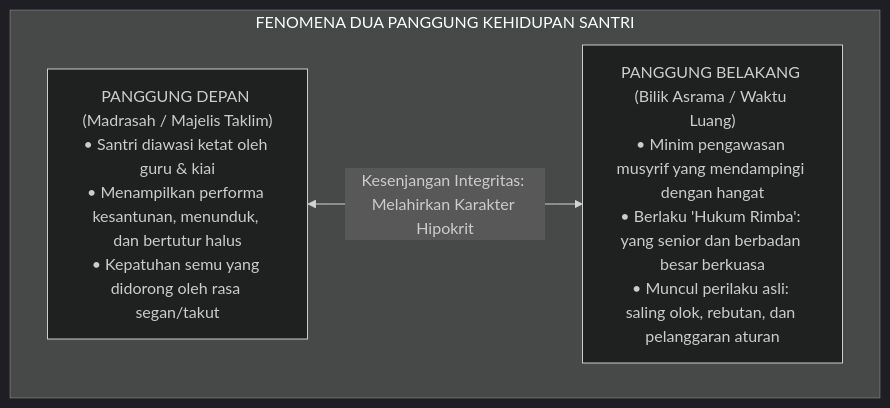
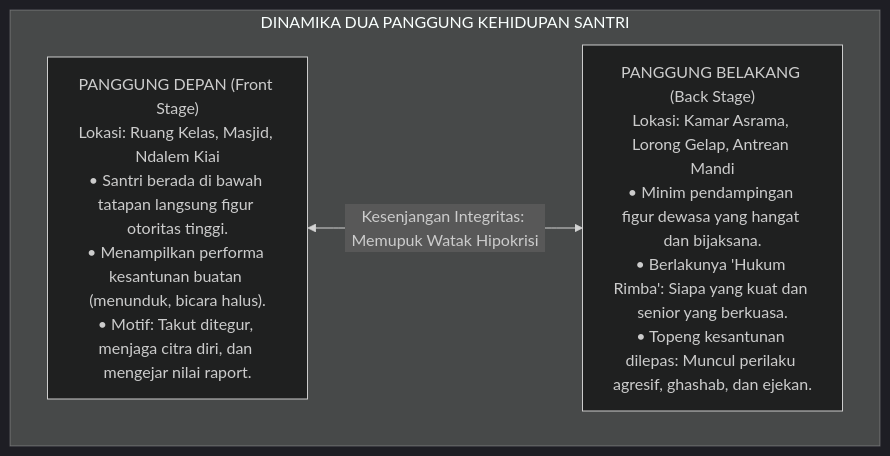
The third of 4 diagrams in BOOK-SERIES/Volume-01/Bab-01-Krisis-Karakter-dan-Urgensi-Rekonstruksi/01-Anomali-Pendidikan-Karakter-Tradisional.md (wandiapriliyandi/tumbuh), drawn with Mermaid (dark theme) before and after one commit. The commit also changed other lines of this file, not shown here.

Commit message:
docs(guide): perluas sub-bab 1.1 menjadi panduan komprehensif, naratif membumi, dan langkah praktis operasional

````diff
--- a/BOOK-SERIES/Volume-01/Bab-01-Krisis-Karakter-dan-Urgensi-Rekonstruksi/01-Anomali-Pendidikan-Karakter-Tradisional.md
+++ b/BOOK-SERIES/Volume-01/Bab-01-Krisis-Karakter-dan-Urgensi-Rekonstruksi/01-Anomali-Pendidikan-Karakter-Tradisional.md
@@ -74,9 +105,10 @@
 ```mermaid
 graph TD
-    subgraph Disonansi["FENOMENA DUA PANGGUNG KEHIDUPAN SANTRI"]
-        FrontStage["PANGGUNG DEPAN (Madrasah / Majelis Taklim)<br/>• Santri diawasi ketat oleh guru & kiai<br/>• Menampilkan performa kesantunan, menunduk, dan bertutur halus<br/>• Kepatuhan semu yang didorong oleh rasa segan/takut"]
-        BackStage["PANGGUNG BELAKANG (Bilik Asrama / Waktu Luang)<br/>• Minim pengawasan musyrif yang mendampingi dengan hangat<br/>• Berlaku 'Hukum Rimba': yang senior dan berbadan besar berkuasa<br/>• Muncul perilaku asli: saling olok, rebutan, dan pelanggaran aturan"]
+    subgraph DinamikaDuaPanggung["DINAMIKA DUA PANGGUNG KEHIDUPAN SANTRI"]
+        PanggungDepan["PANGGUNG DEPAN (Front Stage)<br/>Lokasi: Ruang Kelas, Masjid, Ndalem Kiai<br/>• Santri berada di bawah tatapan langsung figur otoritas tinggi.<br/>• Menampilkan performa kesantunan buatan (menunduk, bicara halus).<br/>• Motif: Takut ditegur, menjaga citra diri, dan mengejar nilai raport."]
         
-        FrontStage <-->|"Kesenjangan Integritas: Melahirkan Karakter Hipokrit"| BackStage
+        PanggungBelakang["PANGGUNG BELAKANG (Back Stage)<br/>Lokasi: Kamar Asrama, Lorong Gelap, Antrean Mandi<br/>• Minim pendampingan figur dewasa yang hangat dan bijaksana.<br/>• Berlakunya 'Hukum Rimba': Siapa yang kuat dan senior yang berkuasa.<br/>• Topeng kesantunan dilepas: Muncul perilaku agresif, ghashab, dan ejekan."]
+        
+        PanggungDepan <-->|"Kesenjangan Integritas: Memupuk Watak Hipokrisi"| PanggungBelakang
     end
 ```
````
